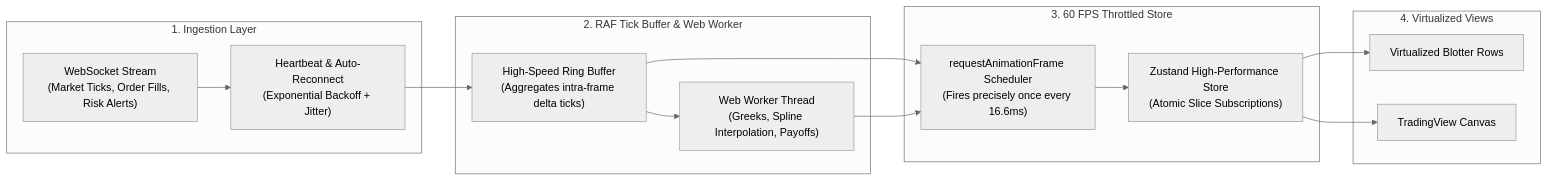
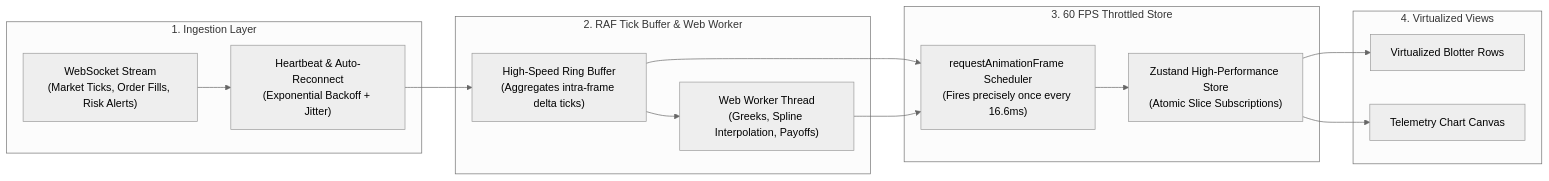
One commit to lakhwindersingh/nb_fairyfly changed the diagram in .nb/plan/master/enterprise-ui-design-system/modules/05_state_management_and_realtime_data.md. Above: the diagram before and after it, drawn with Mermaid (neutral theme). The commit also changed 25 other files, not shown here.

````diff
--- a/.nb/plan/master/enterprise-ui-design-system/modules/05_state_management_and_realtime_data.md
+++ b/.nb/plan/master/enterprise-ui-design-system/modules/05_state_management_and_realtime_data.md
@@ -18,30 +18,30 @@
 ```mermaid
 graph LR
   subgraph Ingestion["1. Ingestion Layer"]
     WsStream["WebSocket Stream<br/>(Market Ticks, Order Fills, Risk Alerts)"]
     Heartbeat["Heartbeat & Auto-Reconnect<br/>(Exponential Backoff + Jitter)"]
     WsStream --> Heartbeat
   end
 
   subgraph Buffering["2. RAF Tick Buffer & Web Worker"]
     RingBuffer["High-Speed Ring Buffer<br/>(Aggregates intra-frame delta ticks)"]
     MathWorker["Web Worker Thread<br/>(Greeks, Spline Interpolation, Payoffs)"]
     Heartbeat --> RingBuffer
     RingBuffer --> MathWorker
   end
 
   subgraph Rendering["3. 60 FPS Throttled Store"]
     RafScheduler["requestAnimationFrame Scheduler<br/>(Fires precisely once every 16.6ms)"]
     ZustandStore["Zustand High-Performance Store<br/>(Atomic Slice Subscriptions)"]
     RingBuffer --> RafScheduler
     MathWorker --> RafScheduler
     RafScheduler --> ZustandStore
   end
 
   subgraph UIComponents["4. Virtualized Views"]
     BlotterView["Virtualized Blotter Rows"]
-    ChartCanvas["TradingView Canvas"]
+    ChartCanvas["Telemetry Chart Canvas"]
     ZustandStore --> BlotterView
     ZustandStore --> ChartCanvas
   end
 ```
````
